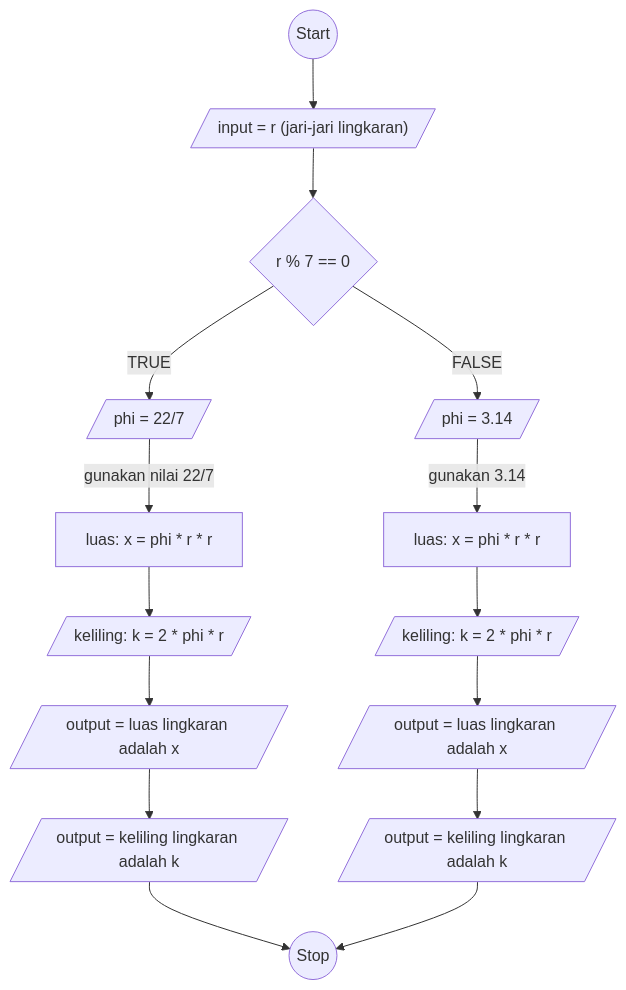
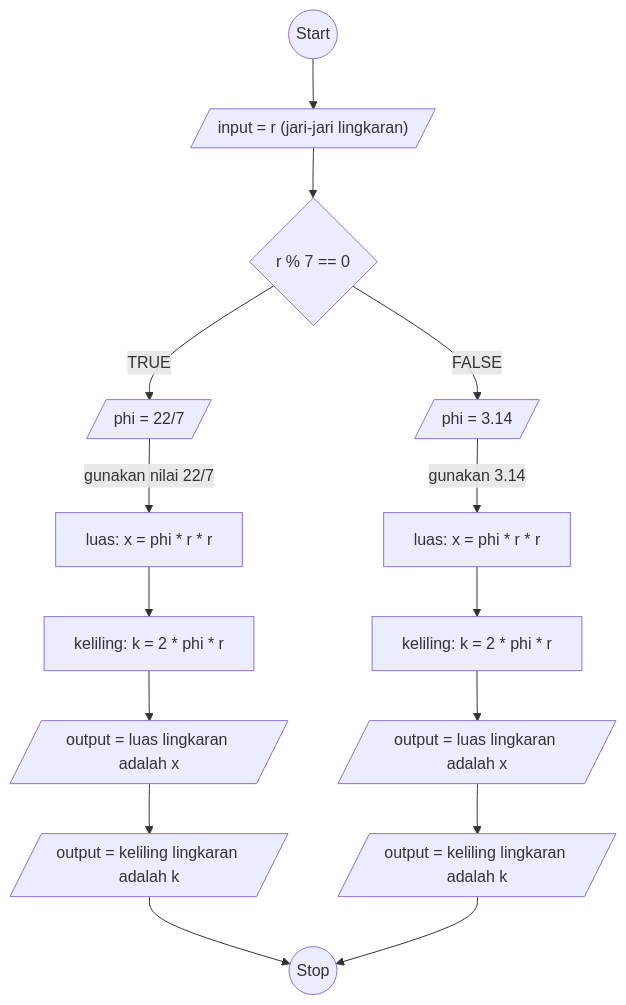
Before and after one commit to makarim22/koda-b6-algoritma: the diagram in flowchart-luas-dan-keliling-lingkaran.md, drawn with Mermaid. The commit also changed other lines of this file, not shown here.

````diff
--- a/flowchart-luas-dan-keliling-lingkaran.md
+++ b/flowchart-luas-dan-keliling-lingkaran.md
@@ -1,32 +1,32 @@
 ```mermaid
 flowchart TD
  A@{ shape: circle, label: "Start" } --> B
 
  B@{ shape: lean-r, label: "input = r (jari-jari lingkaran)"} --> C
 
  C@{ shape: diamond, label: "r % 7 == 0"}
 
  C -- TRUE --> E
 
  C -- FALSE --> F
 
  E@{ shape: lean-r, label: "phi = 22/7"} -->|gunakan nilai 22/7| G 
  F@{ shape: lean-r, label: "phi = 3.14"}--> |gunakan 3.14| H
 
  G@{ shape: rect, label: "luas: x = phi * r * r"} --> A1
  H@{ shape: rect, label: "luas: x = phi * r * r"} --> B1
 
- A1@{ shape: lean-r, label: "keliling: k = 2 * phi * r"} --> L
- B1@{ shape: lean-r, label: "keliling: k = 2 * phi * r"} --> M
+ A1@{ shape: rect, label: "keliling: k = 2 * phi * r"} --> L
+ B1@{ shape: rect, label: "keliling: k = 2 * phi * r"} --> M
 
  L@{ shape: lean-r, label: "output = luas lingkaran adalah x"} --> O
  M@{ shape: lean-r, label: "output = luas lingkaran adalah x"} --> P
 
  O@{ shape: lean-r, label: "output = keliling lingkaran adalah k"} --> Z
  P@{ shape: lean-r, label: "output = keliling lingkaran adalah k"} --> Z
 
  Z@{ shape: circle, label: "Stop" } 
 
 
 
 ```
````
